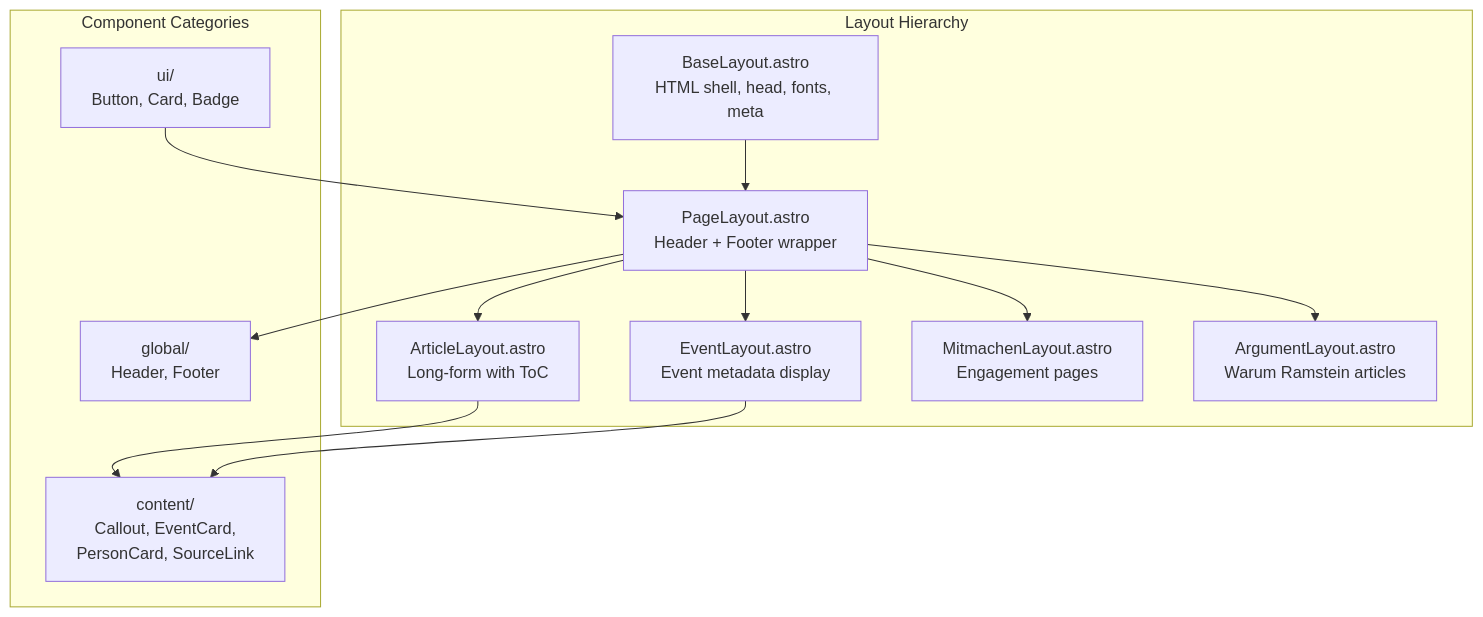
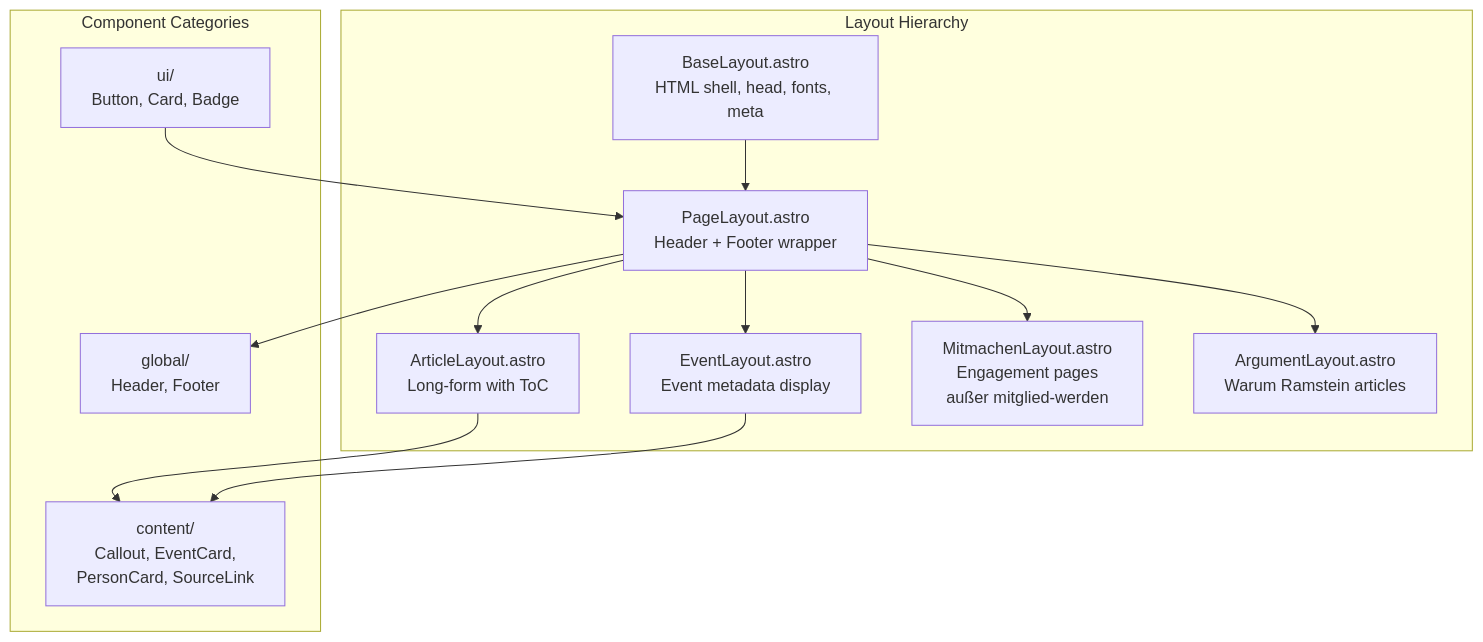
One commit to Acephali92/SAR2.0 changed the second of 5 diagrams in docs/ARCHITEKTUR.md. Above: the diagram before and after it, drawn with Mermaid. The commit also changed 12 other files, not shown here.

````diff
--- a/docs/ARCHITEKTUR.md
+++ b/docs/ARCHITEKTUR.md
@@ -77,28 +77,28 @@
 ```mermaid
 flowchart TD
     subgraph LAYOUTS["Layout Hierarchy"]
         BASE[BaseLayout.astro<br/>HTML shell, head, fonts, meta]
         PAGE[PageLayout.astro<br/>Header + Footer wrapper]
         ART[ArticleLayout.astro<br/>Long-form with ToC]
         EVT[EventLayout.astro<br/>Event metadata display]
-        MIT[MitmachenLayout.astro<br/>Engagement pages]
+        MIT[MitmachenLayout.astro<br/>Engagement pages<br/>außer mitglied-werden]
         ARG[ArgumentLayout.astro<br/>Warum Ramstein articles]
 
         BASE --> PAGE
         PAGE --> ART
         PAGE --> EVT
         PAGE --> MIT
         PAGE --> ARG
     end
 
     subgraph COMPONENTS["Component Categories"]
         GLOBAL[global/<br/>Header, Footer]
         UI[ui/<br/>Button, Card, Badge]
         CONTENT[content/<br/>Callout, EventCard,<br/>PersonCard, SourceLink]
     end
 
     PAGE --> GLOBAL
     ART --> CONTENT
     EVT --> CONTENT
     UI --> PAGE
 ```
````
